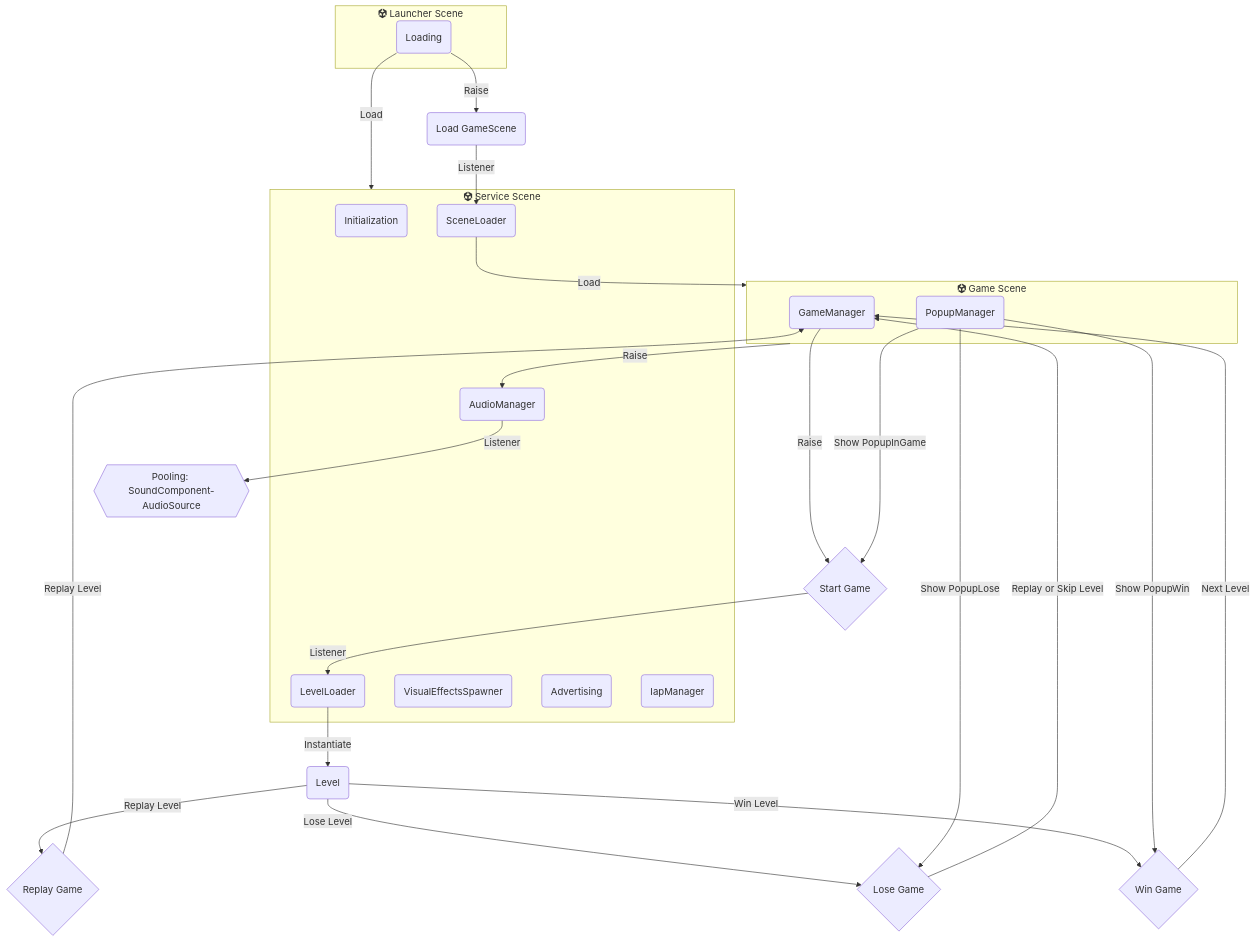
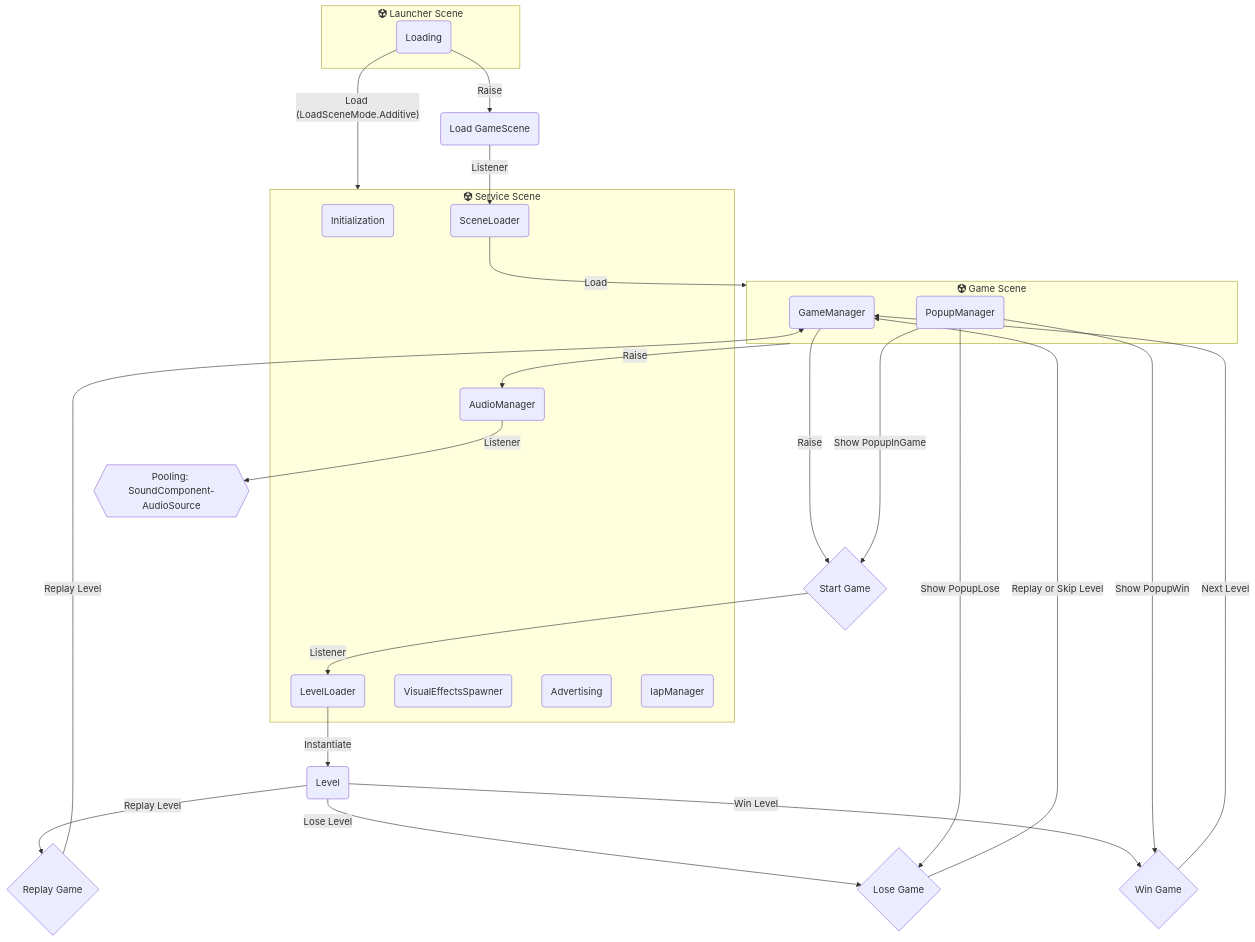
One commit to VirtueSky/TheBeginning changed the diagram in README.md. Above: the diagram before and after it, drawn with Mermaid.

````diff
--- a/README.md
+++ b/README.md
@@ -10,35 +10,35 @@
 ```mermaid
 flowchart TB
     subgraph LauncherScene["<i class="fa-brands fa-unity"></i> Launcher Scene"]
     Loading(Loading)
     end
 
     subgraph ServiceScene["<i class="fa-brands fa-unity"></i> Service Scene"]
     Initialization(Initialization)
     SceneLoader(SceneLoader)
     LevelLoader(LevelLoader)
     AudioManager(AudioManager)
     VisualEffectsSpawner(VisualEffectsSpawner)
     Advertising(Advertising)
     IapManager(IapManager)
     end
 
     subgraph GameScene["<i class="fa-brands fa-unity"></i> Game Scene"]
     GameManager(GameManager)
     PopupManager(PopupManager)
     end
 
     GameScene --Raise--> AudioManager --Listener--> SoundComponent{{Pooling: SoundComponent-AudioSource}}
 
 
-    Loading --Load--> ServiceScene
+    Loading --Load (LoadSceneMode.Additive)--> ServiceScene
     Loading --Raise--> LoadGameScene(Load GameScene) --Listener--> SceneLoader --Load--> GameScene
     GameManager --Raise----> StartGame{Start Game} --Listener--> LevelLoader --Instantiate--> Level(Level)
     PopupManager --Show PopupInGame--> StartGame
     Level --Win Level--> WinGame{Win Game} --Next Level-->GameManager
     Level --Lose Level--> LoseGame{Lose Game} --Replay or Skip Level-->GameManager
     Level --Replay Level--> ReplayGame{Replay Game}
     ReplayGame --Replay Level--> GameManager
     PopupManager --Show PopupWin--> WinGame
     PopupManager --Show PopupLose--> LoseGame
 ```
````
